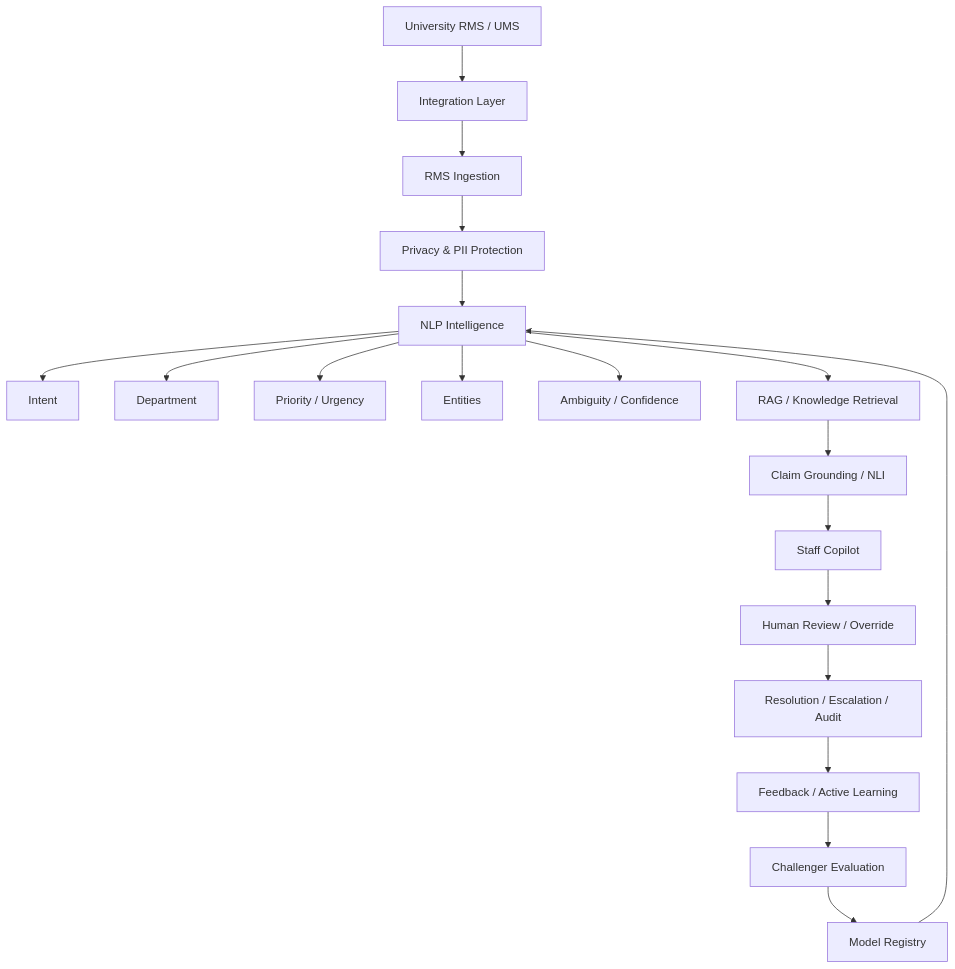
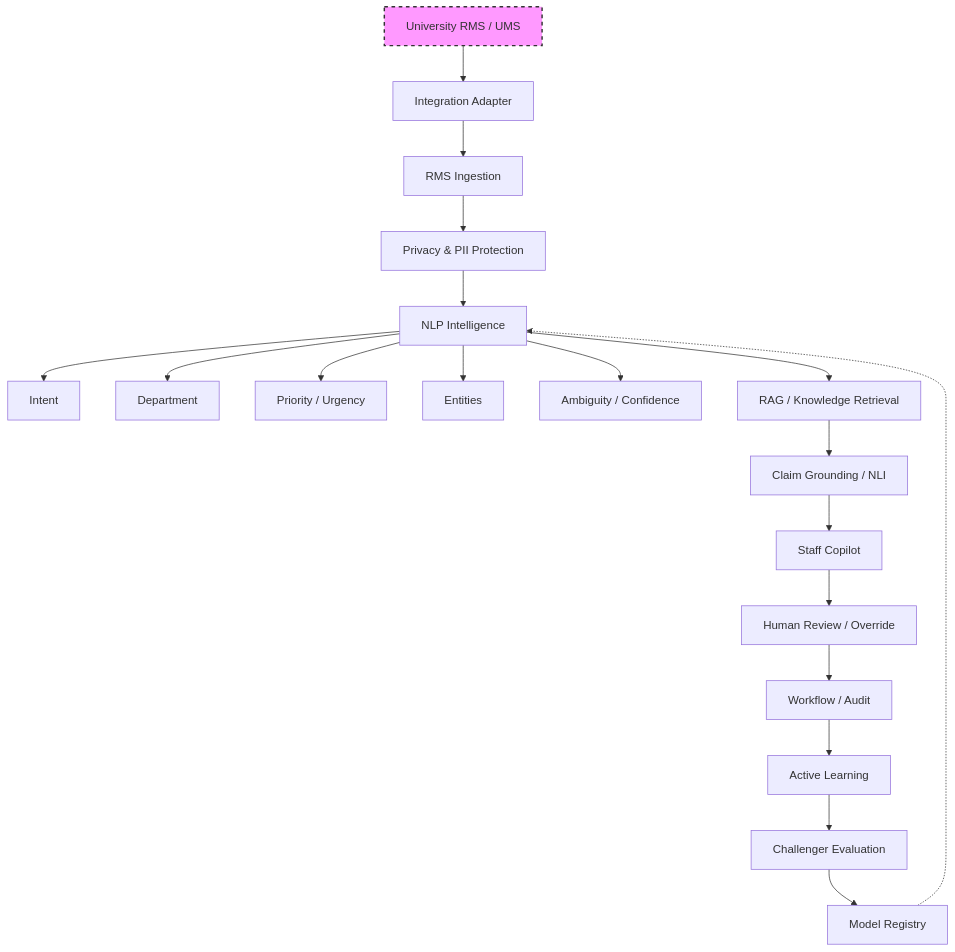
Before and after one commit to harshilsetty/Smart-RMS: the diagram in README.md, drawn with Mermaid. The commit also changed other lines of this file, not shown here.

Commit message:
docs: finalize Smart RMS industry-grade README

````diff
--- a/README.md
+++ b/README.md
@@ -107,25 +187,28 @@
 ```mermaid
 flowchart TD
-    A[University RMS / UMS] --> B[Integration Layer]
+    A[University RMS / UMS] --> B[Integration Adapter]
     B --> C[RMS Ingestion]
     C --> D[Privacy & PII Protection]
     D --> E[NLP Intelligence]
 
     E --> E1[Intent]
     E --> E2[Department]
     E --> E3[Priority / Urgency]
     E --> E4[Entities]
     E --> E5[Ambiguity / Confidence]
 
     E --> F[RAG / Knowledge Retrieval]
     F --> G[Claim Grounding / NLI]
     G --> H[Staff Copilot]
 
     H --> I[Human Review / Override]
-    I --> J[Resolution / Escalation / Audit]
+    I --> J[Workflow / Audit]
 
-    J --> K[Feedback / Active Learning]
+    J --> K[Active Learning]
     K --> L[Challenger Evaluation]
     L --> M[Model Registry]
-    M --> E
+    M -.-> E
+
+    classDef future fill:#f9f,stroke:#333,stroke-width:2px,stroke-dasharray: 5 5;
+    class A future;
 ```
````
